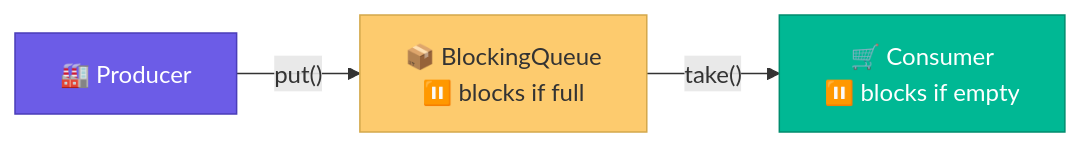
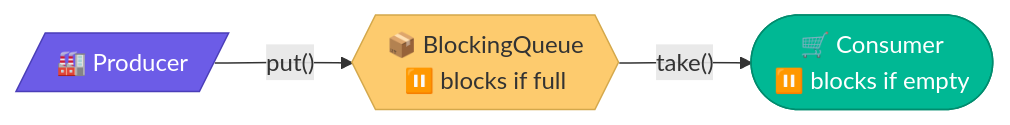
Before and after one commit to saivamsikaruturi/vamsilabs-dev-notes-main: the second of 2 diagrams in docs/java/ConcurrentCollections.md, drawn with Mermaid. The commit also changed other lines of this file and 146 other files, not shown here.

Commit message:
Horizontal diagrams, UML class diagrams, typography overhaul, and permalink cleanup

````diff
--- a/docs/java/ConcurrentCollections.md
+++ b/docs/java/ConcurrentCollections.md
@@ -139,9 +138,9 @@
 ```mermaid
-graph LR
-    P["🏭 Producer"] -->|"put()"| Q["📦 BlockingQueue<br/>⏸️ blocks if full"]
-    Q -->|"take()"| C["🛒 Consumer<br/>⏸️ blocks if empty"]
+flowchart LR
+    P[/"🏭 Producer"/] -->|"put()"| Q{{"📦 BlockingQueue<br/>⏸️ blocks if full"}}
+    Q -->|"take()"| C(["🛒 Consumer<br/>⏸️ blocks if empty"])
 
     style P fill:#6c5ce7,stroke:#4a3db8,color:#fff
     style Q fill:#fdcb6e,stroke:#d4a84b,color:#333
     style C fill:#00b894,stroke:#008c6e,color:#fff
 ```
````
